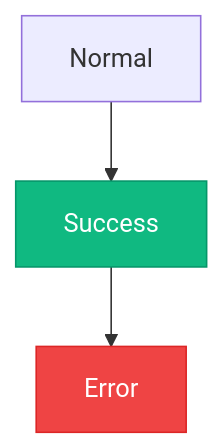
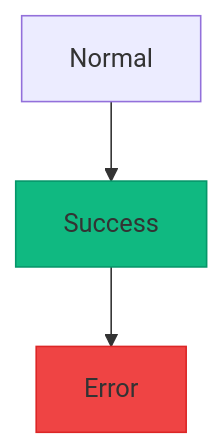
The eighth of 8 diagrams in templates/skills/tech/mermaid-diagram-specialist.md (qazuor/claude-code-config), drawn with Mermaid before and after one commit. The commit also changed other lines of this file and 26 other files, not shown here.

````diff
--- a/templates/skills/tech/mermaid-diagram-specialist.md
+++ b/templates/skills/tech/mermaid-diagram-specialist.md
@@ -516,11 +175,11 @@
 ```mermaid
 flowchart TD
     A[Normal] --> B[Success]
     B --> C[Error]
-    
-    classDef successClass fill:#10B981,stroke:#059669,color:#fff
-    classDef errorClass fill:#EF4444,stroke:#DC2626,color:#fff
-    
-    class B successClass
-    class C errorClass
+
+    classDef success fill:#10B981,stroke:#059669
+    classDef error fill:#EF4444,stroke:#DC2626
+
+    class B success
+    class C error
 ```
````
